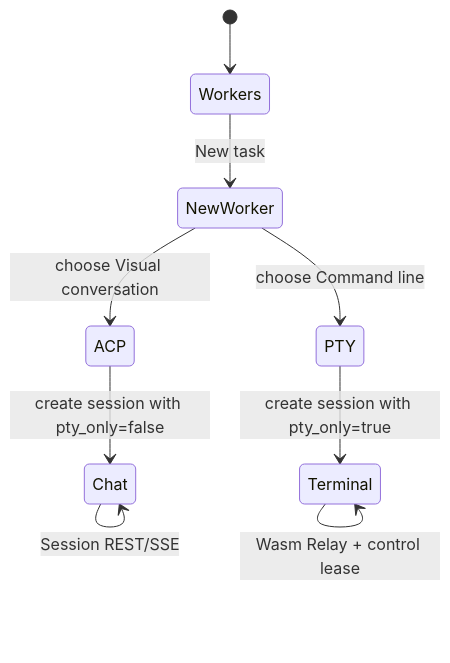
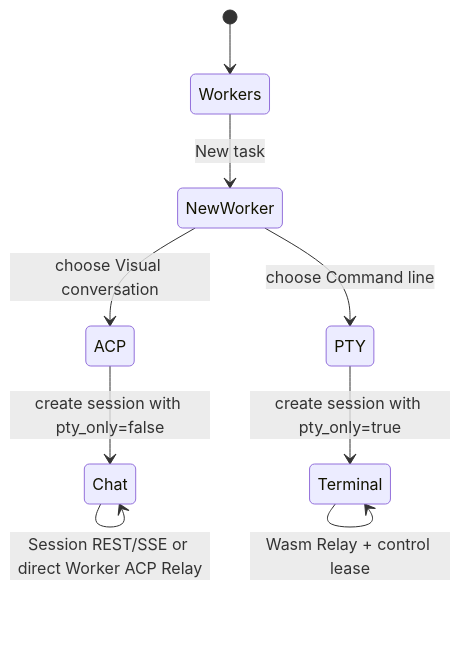
The second of 2 diagrams in docs/superpowers/specs/2026-07-12-mobile-lovable-dual-mode-design.md (l8ai-cn/DoWorker), drawn with Mermaid before and after one commit. The commit also changed other lines of this file and 4 other files, not shown here.

````diff
--- a/docs/superpowers/specs/2026-07-12-mobile-lovable-dual-mode-design.md
+++ b/docs/superpowers/specs/2026-07-12-mobile-lovable-dual-mode-design.md
@@ -95,11 +99,11 @@
 ```mermaid
 stateDiagram-v2
   [*] --> Workers
   Workers --> NewWorker: New task
   NewWorker --> ACP: choose Visual conversation
   NewWorker --> PTY: choose Command line
   ACP --> Chat: create session with pty_only=false
   PTY --> Terminal: create session with pty_only=true
-  Chat --> Chat: Session REST/SSE
+  Chat --> Chat: Session REST/SSE or direct Worker ACP Relay
   Terminal --> Terminal: Wasm Relay + control lease
 ```
````
